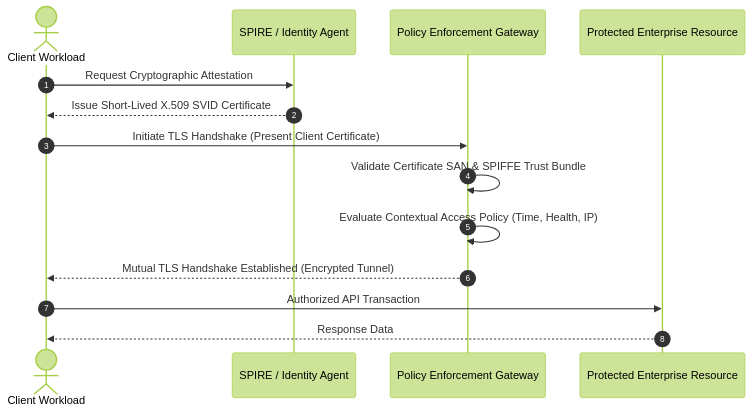
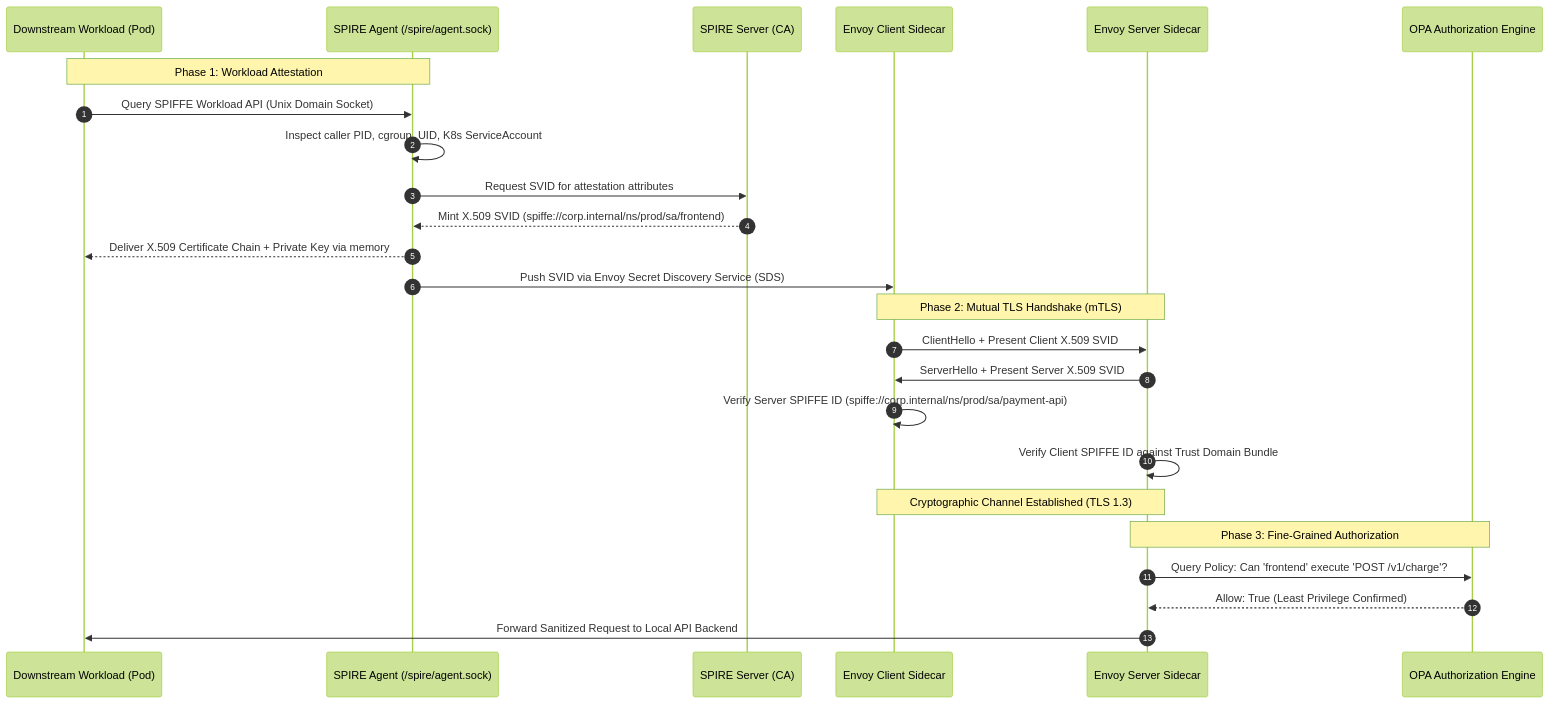
One commit to CloudSecCorner/cloudseccorner.github.io changed the diagram in public/labs/Zero-Trust-Architecture.md. Above: the diagram before and after it, drawn with Mermaid (forest theme). The commit also changed other lines of this file and 4 other files, not shown here.

Commit message:
feat(labs): overhaul zero trust architecture lab with spiffe spire envoy and opa rego

````diff
--- a/public/labs/Zero-Trust-Architecture.md
+++ b/public/labs/Zero-Trust-Architecture.md
@@ -165,17 +59,30 @@
 ```mermaid
 sequenceDiagram
-  autonumber
-  actor Client as Client Workload
-  participant Agent as SPIRE / Identity Agent
-  participant PEP as Policy Enforcement Gateway
-  participant Server as Protected Enterprise Resource
+    autonumber
+    participant Workload as Downstream Workload (Pod)
+    participant Agent as SPIRE Agent (/spire/agent.sock)
+    participant Server as SPIRE Server (CA)
+    participant EnvoyClient as Envoy Client Sidecar
+    participant EnvoyServer as Envoy Server Sidecar
+    participant OPA as OPA Authorization Engine
 
-  Client->>Agent: Request Cryptographic Attestation
-  Agent-->>Client: Issue Short-Lived X.509 SVID Certificate
-  Client->>PEP: Initiate TLS Handshake (Present Client Certificate)
-  PEP->>PEP: Validate Certificate SAN & SPIFFE Trust Bundle
-  PEP->>PEP: Evaluate Contextual Access Policy (Time, Health, IP)
-  PEP-->>Client: Mutual TLS Handshake Established (Encrypted Tunnel)
-  Client->>Server: Authorized API Transaction
-  Server-->>Client: Response Data
+    Note over Workload,Agent: Phase 1: Workload Attestation
+    Workload->>Agent: Query SPIFFE Workload API (Unix Domain Socket)
+    Agent->>Agent: Inspect caller PID, cgroup, UID, K8s ServiceAccount
+    Agent->>Server: Request SVID for attestation attributes
+    Server-->>Agent: Mint X.509 SVID (spiffe://corp.internal/ns/prod/sa/frontend)
+    Agent-->>Workload: Deliver X.509 Certificate Chain + Private Key via memory
+    Agent->>EnvoyClient: Push SVID via Envoy Secret Discovery Service (SDS)
+
+    Note over EnvoyClient,EnvoyServer: Phase 2: Mutual TLS Handshake (mTLS)
+    EnvoyClient->>EnvoyServer: ClientHello + Present Client X.509 SVID
+    EnvoyServer->>EnvoyClient: ServerHello + Present Server X.509 SVID
+    EnvoyClient->>EnvoyClient: Verify Server SPIFFE ID (spiffe://corp.internal/ns/prod/sa/payment-api)
+    EnvoyServer->>EnvoyServer: Verify Client SPIFFE ID against Trust Domain Bundle
+    Note over EnvoyClient,EnvoyServer: Cryptographic Channel Established (TLS 1.3)
+
+    Note over EnvoyServer,OPA: Phase 3: Fine-Grained Authorization
+    EnvoyServer->>OPA: Query Policy: Can 'frontend' execute 'POST /v1/charge'?
+    OPA-->>EnvoyServer: Allow: True (Least Privilege Confirmed)
+    EnvoyServer->>Workload: Forward Sanitized Request to Local API Backend
 ```
````
